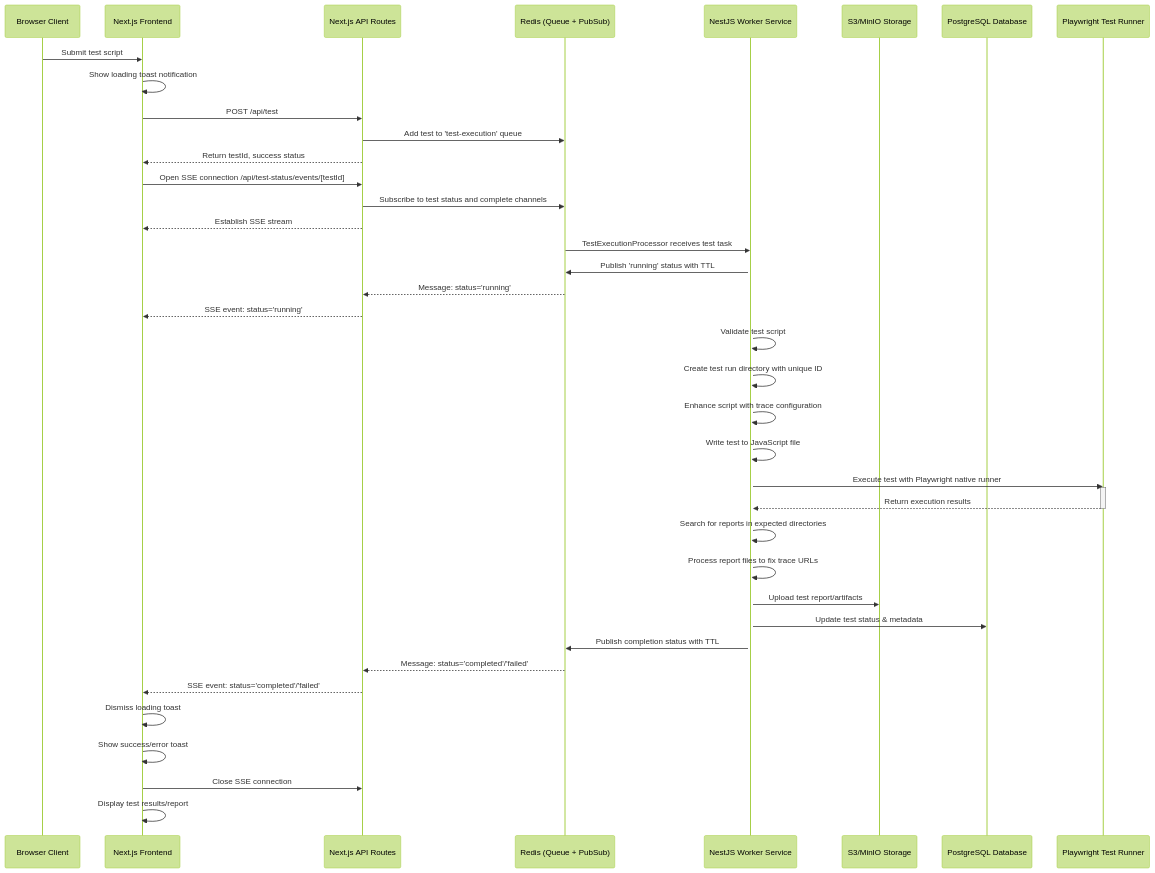
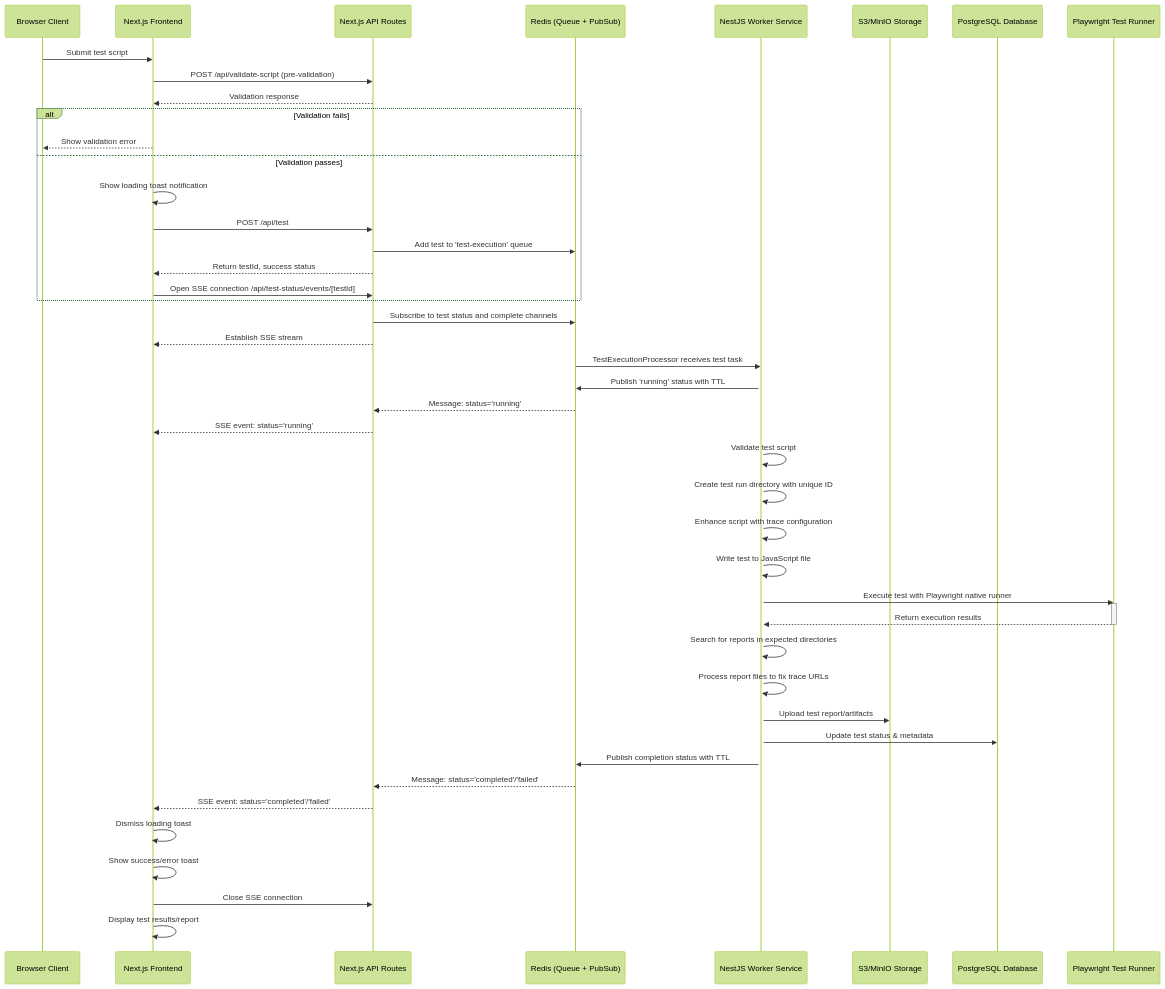
Before and after one commit to supercheck-io/supercheck-core: the second of 2 diagrams in .specs/TEST_EXECUTION_AND_JOB_QUEUE_FLOW.md, drawn with Mermaid (forest theme). The commit also changed other lines of this file and 44 other files, not shown here.

````diff
--- a/.specs/TEST_EXECUTION_AND_JOB_QUEUE_FLOW.md
+++ b/.specs/TEST_EXECUTION_AND_JOB_QUEUE_FLOW.md
@@ -90,51 +97,57 @@
 ```mermaid
 sequenceDiagram
     participant Client as Browser Client
     participant NextFE as Next.js Frontend
     participant NextAPI as Next.js API Routes
     participant Redis as Redis (Queue + PubSub)
     participant NestJS as NestJS Worker Service
     participant S3 as S3/MinIO Storage
     participant DB as PostgreSQL Database
     participant PW as Playwright Test Runner
 
     %% Individual Test Execution Flow (e.g., Playground)
     Client->>NextFE: Submit test script
-    NextFE->>NextFE: Show loading toast notification
-    NextFE->>NextAPI: POST /api/test
-    NextAPI->>Redis: Add test to 'test-execution' queue
-    NextAPI-->>NextFE: Return testId, success status
-    NextFE->>NextAPI: Open SSE connection /api/test-status/events/[testId]
+    NextFE->>NextAPI: POST /api/validate-script (pre-validation)
+    NextAPI-->>NextFE: Validation response
+    alt Validation fails
+        NextFE-->>Client: Show validation error
+    else Validation passes
+        NextFE->>NextFE: Show loading toast notification
+        NextFE->>NextAPI: POST /api/test
+        NextAPI->>Redis: Add test to 'test-execution' queue
+        NextAPI-->>NextFE: Return testId, success status
+        NextFE->>NextAPI: Open SSE connection /api/test-status/events/[testId]
+    end
     NextAPI->>Redis: Subscribe to test status and complete channels
     NextAPI-->>NextFE: Establish SSE stream
 
     %% Worker picks up test from queue
     Redis->>NestJS: TestExecutionProcessor receives test task
     activate NestJS
     NestJS->>Redis: Publish 'running' status with TTL
     Redis-->>NextAPI: Message: status='running'
     NextAPI-->>NextFE: SSE event: status='running'
     
     %% Test execution process
     NestJS->>NestJS: Validate test script
     NestJS->>NestJS: Create test run directory with unique ID
     NestJS->>NestJS: Enhance script with trace configuration
     NestJS->>NestJS: Write test to JavaScript file
     NestJS->>PW: Execute test with Playwright native runner
     activate PW
     PW-->>NestJS: Return execution results
     deactivate PW
     
     %% Handling test results
     NestJS->>NestJS: Search for reports in expected directories
     NestJS->>NestJS: Process report files to fix trace URLs
     NestJS->>S3: Upload test report/artifacts
     NestJS->>DB: Update test status & metadata
     NestJS->>Redis: Publish completion status with TTL
     Redis-->>NextAPI: Message: status='completed'/'failed'
     NextAPI-->>NextFE: SSE event: status='completed'/'failed'
     NextFE->>NextFE: Dismiss loading toast
     NextFE->>NextFE: Show success/error toast
     NextFE->>NextAPI: Close SSE connection
     NextFE->>NextFE: Display test results/report
 ```
````
